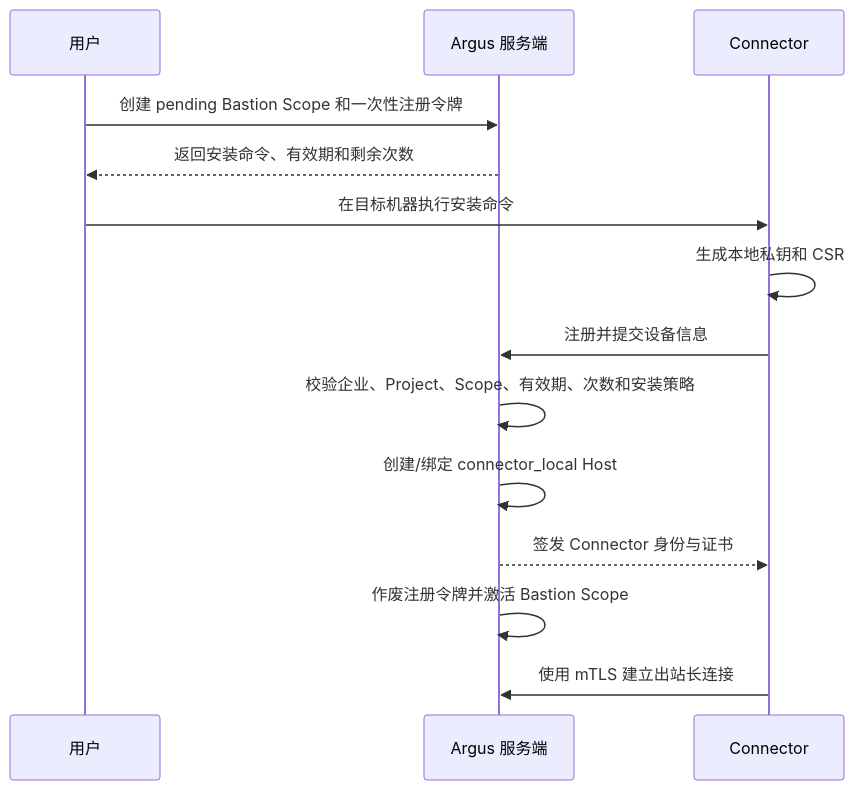
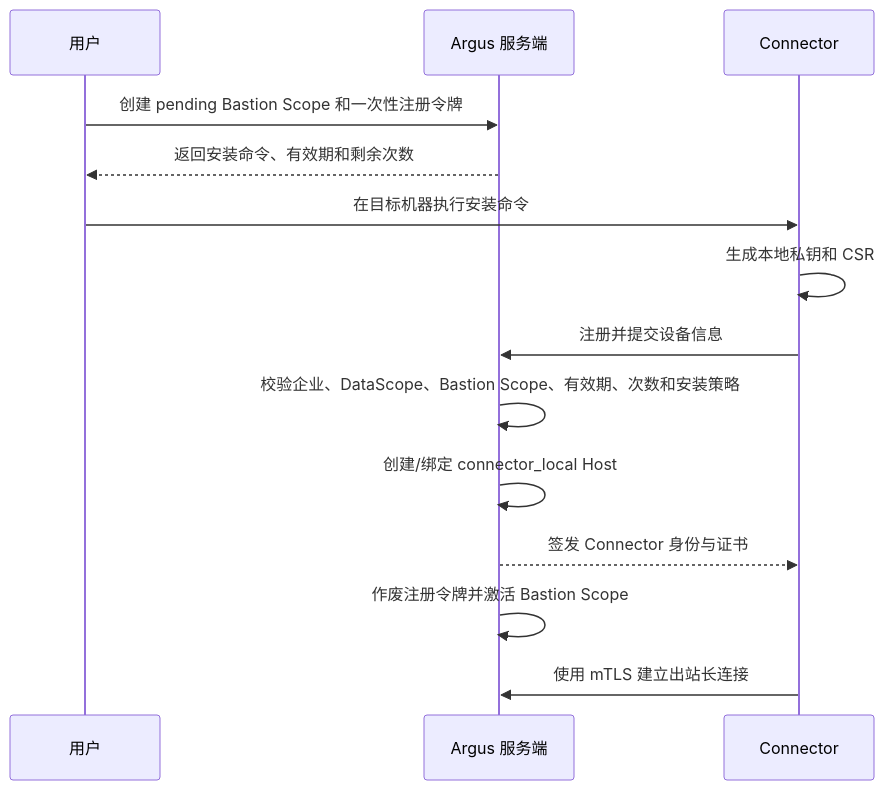
One commit to kakj-go/Argus changed the first of 4 diagrams in docs/03-connectors-and-resources.md. Above: the diagram before and after it, drawn with Mermaid. The commit also changed other lines of this file and 26 other files, not shown here.

````diff
--- a/docs/03-connectors-and-resources.md
+++ b/docs/03-connectors-and-resources.md
@@ -102,17 +102,17 @@
 ```mermaid
 sequenceDiagram
     participant U as 用户
     participant S as Argus 服务端
     participant C as Connector
 
     U->>S: 创建 pending Bastion Scope 和一次性注册令牌
     S-->>U: 返回安装命令、有效期和剩余次数
     U->>C: 在目标机器执行安装命令
     C->>C: 生成本地私钥和 CSR
     C->>S: 注册并提交设备信息
-    S->>S: 校验企业、Project、Scope、有效期、次数和安装策略
+    S->>S: 校验企业、DataScope、Bastion Scope、有效期、次数和安装策略
     S->>S: 创建/绑定 connector_local Host
     S-->>C: 签发 Connector 身份与证书
     S->>S: 作废注册令牌并激活 Bastion Scope
     C->>S: 使用 mTLS 建立出站长连接
 ```
````
